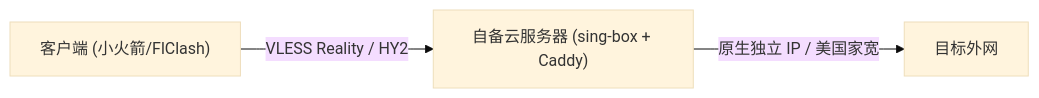
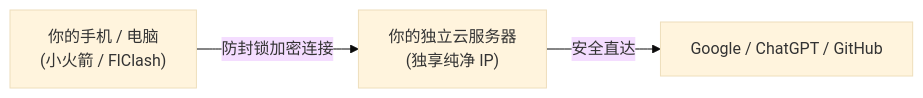
Before and after one commit to AdgaiWalker/VPN-OwnLine: the diagram in README.md, drawn with Mermaid (base theme). The commit also changed other lines of this file, not shown here.

````diff
--- a/README.md
+++ b/README.md
@@ -16,4 +16,4 @@
 ```mermaid
 flowchart LR
-    Client["客户端 (小火箭/FlClash)"] -->|"VLESS Reality / HY2"| Server["自备云服务器 (sing-box + Caddy)"] -->|"原生独立 IP / 美国家宽"| Out["目标外网"]
+    Client["你的手机 / 电脑\n(小火箭 / FlClash)"] -->|"防封锁加密连接"| Server["你的独立云服务器\n(独享纯净 IP)"] -->|"安全直达"| Out["Google / ChatGPT / GitHub"]
 ```
````
